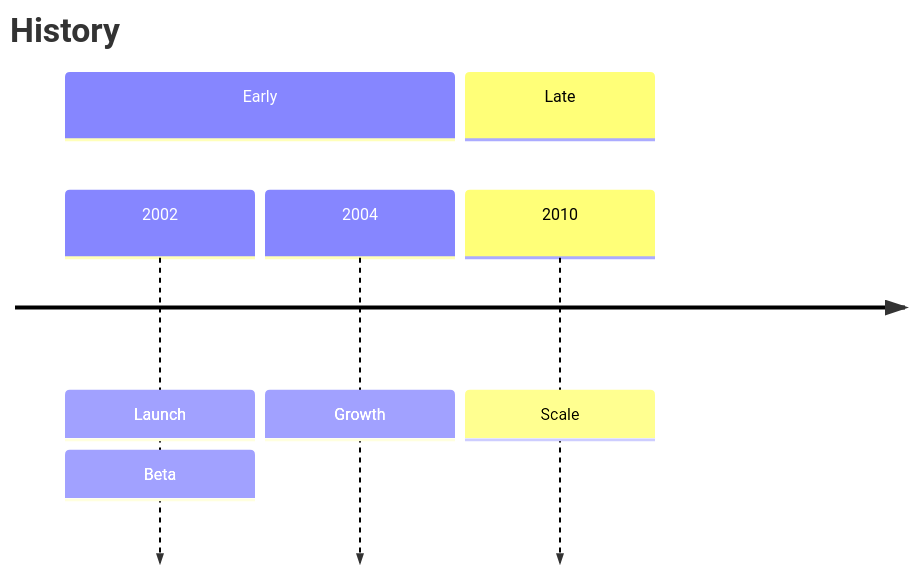
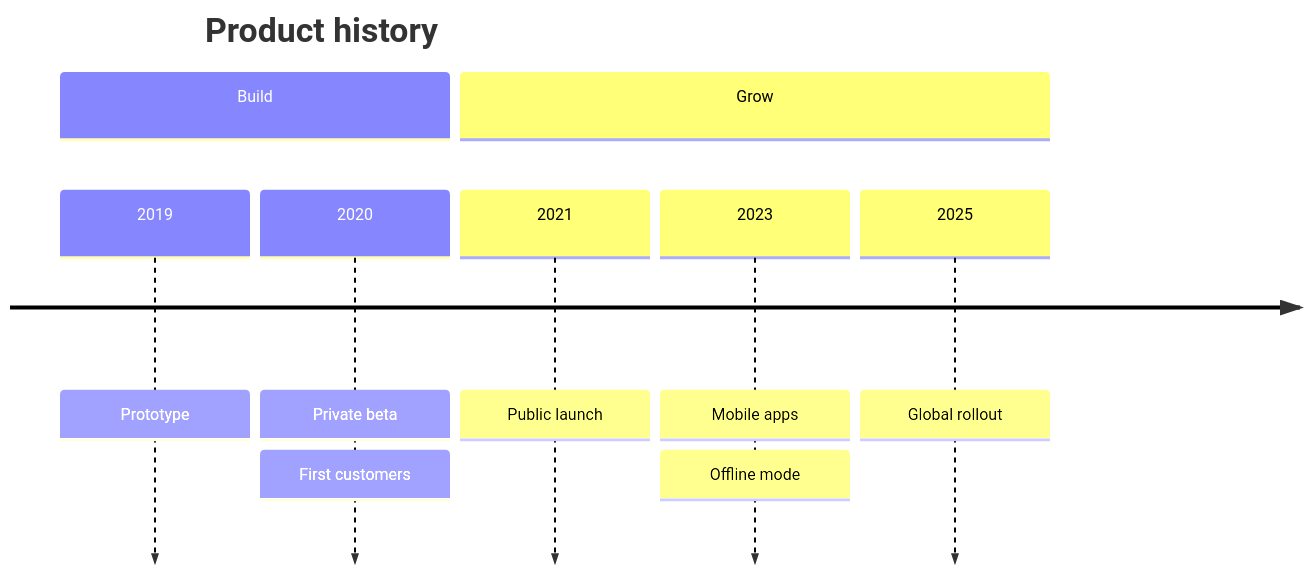
The eighth of 11 diagrams in docs/diagram-types.md (dkdev24/pele-animate), drawn with Mermaid before and after one commit. The commit also changed other lines of this file and 2 other files, not shown here.

First line of the commit message:
docs: richer diagram-type examples with story pins; journey steps at narrow widths

````diff
--- a/docs/diagram-types.md
+++ b/docs/diagram-types.md
@@ -173,9 +200,11 @@
 ```mermaid live
 timeline
-  title History
-  section Early
-    2002 : Launch : Beta
-    2004 : Growth
-  section Late
-    2010 : Scale
+  title Product history
+  section Build
+    2019 : Prototype
+    2020 : Private beta : First customers
+  section Grow
+    2021 : Public launch
+    2023 : Mobile apps : Offline mode
+    2025 : Global rollout
 ```
````
